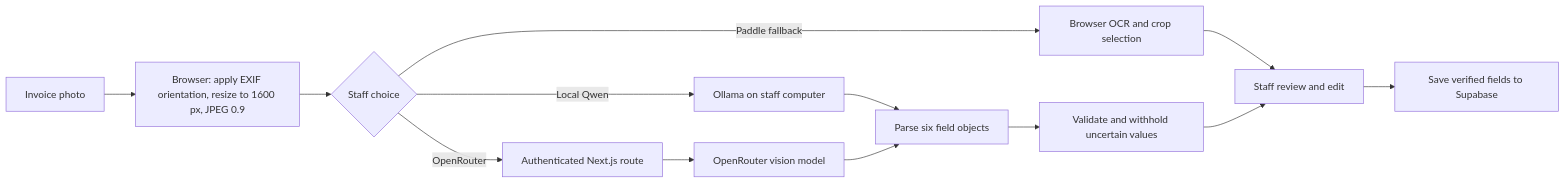
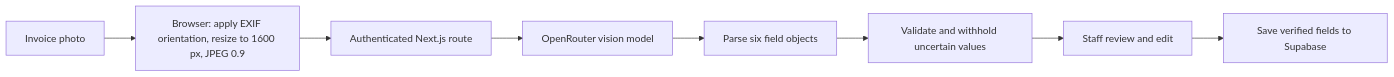
The diagram in docs/OCR/README.md (Monotonality/LapidaryArtsOCRPipeline), drawn with Mermaid before and after one commit. The commit also changed other lines of this file and 13 other files, not shown here.

Commit message:
refactor: remove PaddleOCR and Ollama in favor of OpenRouter vision reader

````diff
--- a/docs/OCR/README.md
+++ b/docs/OCR/README.md
@@ -43,15 +34,10 @@
 ```mermaid
 flowchart LR
     Photo[Invoice photo] --> Prep[Browser: apply EXIF orientation, resize to 1600 px, JPEG 0.9]
-    Prep --> Choice{Staff choice}
-    Choice -->|Local Qwen| Ollama[Ollama on staff computer]
-    Choice -->|OpenRouter| Route[Authenticated Next.js route]
+    Prep --> Route[Authenticated Next.js route]
     Route --> Provider[OpenRouter vision model]
-    Choice -->|Paddle fallback| Paddle[Browser OCR and crop selection]
-    Ollama --> Parse[Parse six field objects]
-    Provider --> Parse
+    Provider --> Parse[Parse six field objects]
     Parse --> Validate[Validate and withhold uncertain values]
-    Paddle --> Review[Staff review and edit]
-    Validate --> Review
+    Validate --> Review[Staff review and edit]
     Review --> Save[Save verified fields to Supabase]
 ```
````
